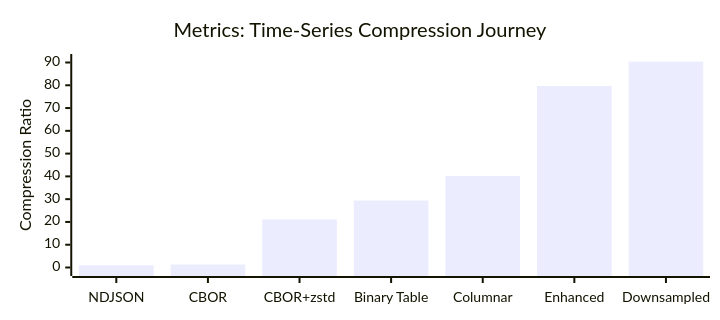
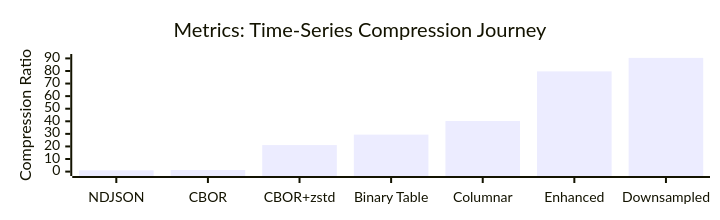
Before and after one commit to flash1293/squeezed-signals: the first of 3 diagrams in README.md, drawn with Mermaid. The commit also changed other lines of this file, not shown here.

````diff
--- a/README.md
+++ b/README.md
@@ -8,15 +8,15 @@
 ```mermaid
 ---
 config:
   xyChart:
-    height: 300
+    height: 200
   themeVariables:
     xyChart:
       backgroundColor: "transparent"
 ---
 xychart-beta
   title "Metrics: Time-Series Compression Journey"
   x-axis ["NDJSON", "CBOR", "CBOR+zstd", "Binary Table", "Columnar", "Enhanced", "Downsampled"]
   y-axis "Compression Ratio" 0 --> 90
   bar [1, 1.3, 21.1, 29.4, 40.2, 79.7, 90.4]
 ```
````
